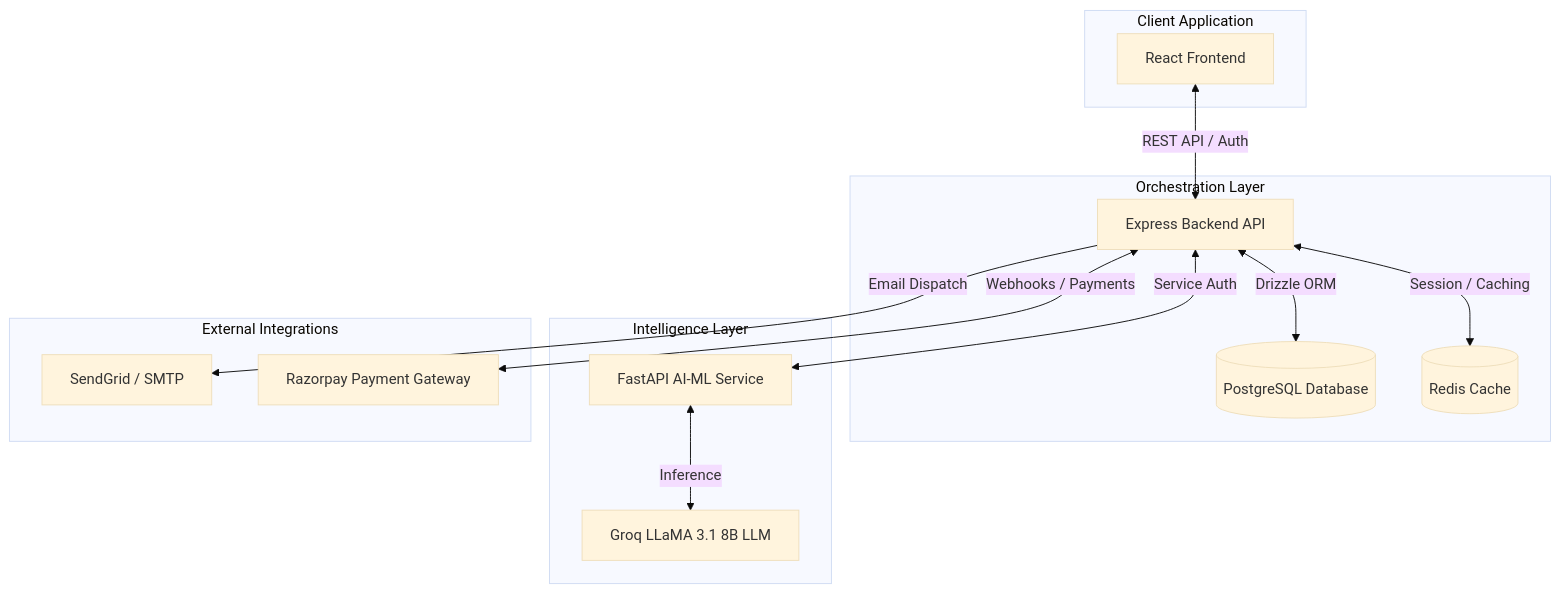
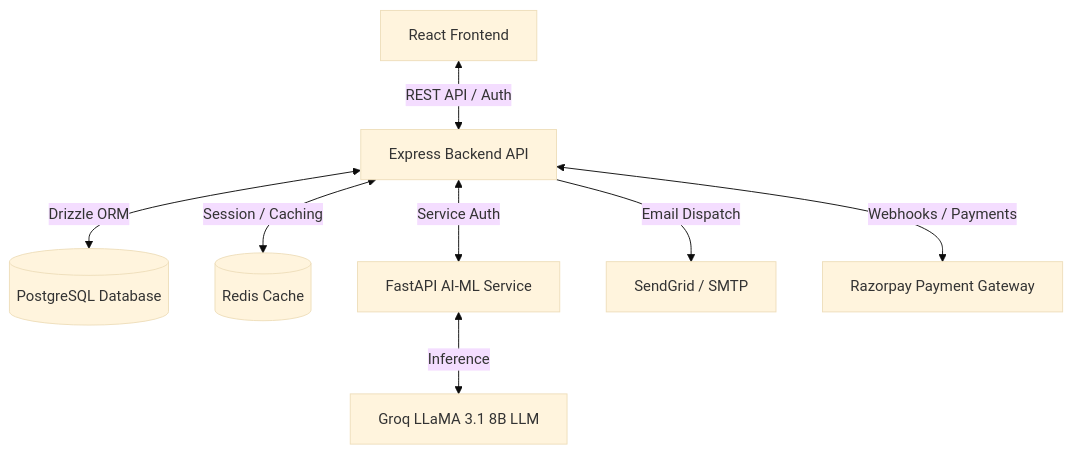
Before and after one commit to suresh-jakhar/Jaktra: the diagram in README.md, drawn with Mermaid (base theme).

Commit message:
update architecture daigram

````diff
--- a/README.md
+++ b/README.md
@@ -13,30 +13,12 @@
 ```mermaid
 graph TD
-    subgraph Client Application
-        A[React Frontend]
-    end
-
-    subgraph Orchestration Layer
-        B[Express Backend API]
-        C[(PostgreSQL Database)]
-        D[(Redis Cache)]
-    end
-
-    subgraph Intelligence Layer
-        E[FastAPI AI-ML Service]
-        F[Groq LLaMA 3.1 8B LLM]
-    end
-
-    subgraph External Integrations
-        G[SendGrid / SMTP]
-        H[Razorpay Payment Gateway]
-    end
-
-    A <-->|REST API / Auth| B
-    B <-->|Drizzle ORM| C
-    B <-->|Session / Caching| D
-    B <-->|Service Auth| E
-    E <-->|Inference| F
-    B -->|Email Dispatch| G
-    B <-->|Webhooks / Payments| H
+    A[React Frontend] <-->|REST API / Auth| B[Express Backend API]
+    
+    B <-->|Drizzle ORM| C[(PostgreSQL Database)]
+    B <-->|Session / Caching| D[(Redis Cache)]
+    B <-->|Service Auth| E[FastAPI AI-ML Service]
+    B -->|Email Dispatch| G[SendGrid / SMTP]
+    B <-->|Webhooks / Payments| H[Razorpay Payment Gateway]
+    
+    E <-->|Inference| F[Groq LLaMA 3.1 8B LLM]
 ```
````
